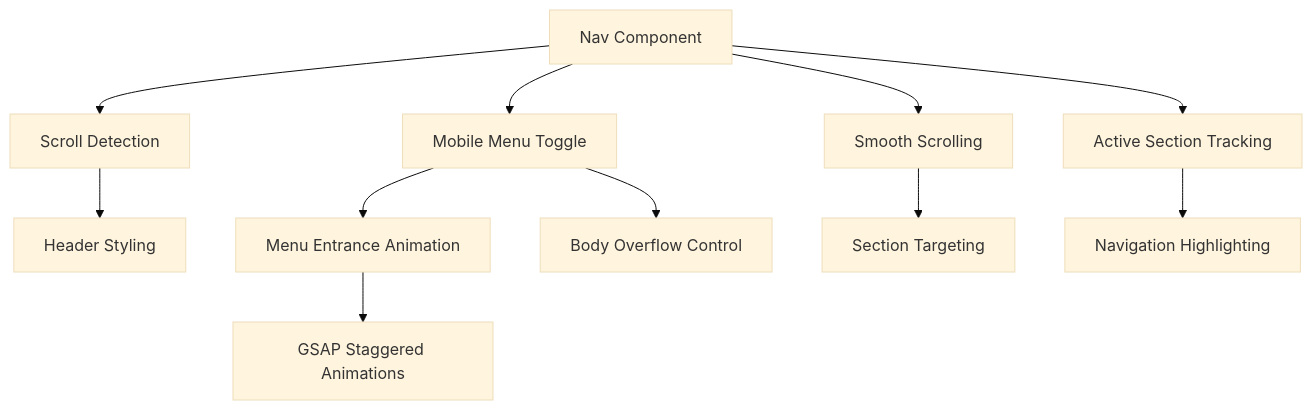
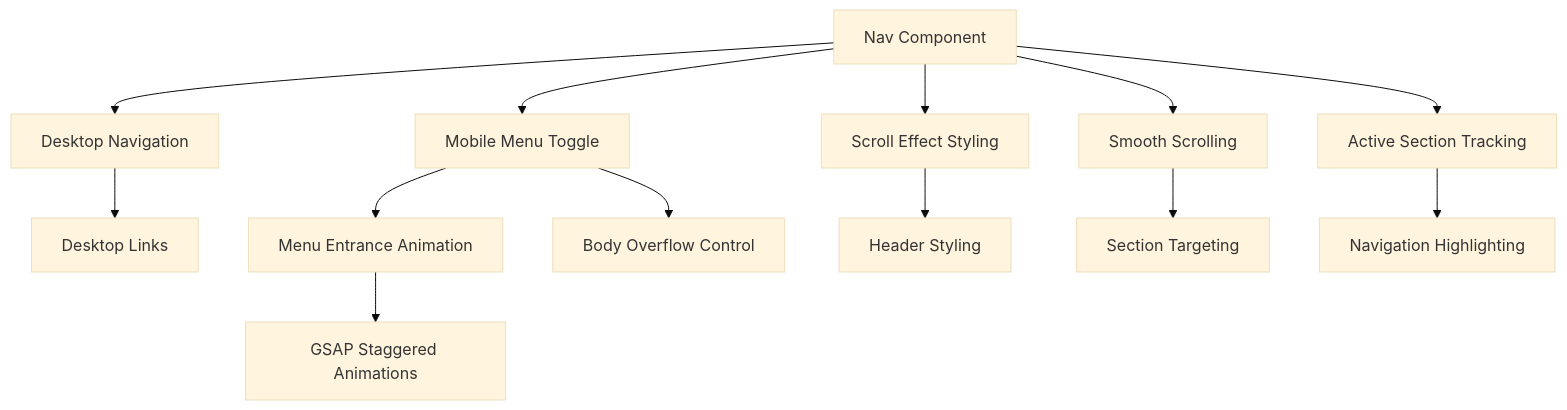
The sixth of 13 diagrams in .qoder/repowiki/en/content/Application Architecture.md (rakeshmaity271/frankie-picasso), drawn with Mermaid (base theme) before and after one commit. The commit also changed other lines of this file and 20 other files, not shown here.

````diff
--- a/.qoder/repowiki/en/content/Application Architecture.md
+++ b/.qoder/repowiki/en/content/Application Architecture.md
@@ -385,13 +349,15 @@
 ```mermaid
 flowchart TD
-Nav["Nav Component"] --> Scrolled["Scroll Detection"]
+Nav["Nav Component"] --> DesktopNav["Desktop Navigation"]
 Nav --> MobileMenu["Mobile Menu Toggle"]
+Nav --> ScrollEffect["Scroll Effect Styling"]
 Nav --> SmoothScroll["Smooth Scrolling"]
 Nav --> ActiveSection["Active Section Tracking"]
-Scrolled --> HeaderStyle["Header Styling"]
+DesktopNav --> DesktopLinks["Desktop Links"]
 MobileMenu --> MenuAnimation["Menu Entrance Animation"]
 MobileMenu --> BodyOverflow["Body Overflow Control"]
+ScrollEffect --> HeaderStyle["Header Styling"]
 SmoothScroll --> SectionTarget["Section Targeting"]
 ActiveSection --> NavLinkHighlight["Navigation Highlighting"]
 MenuAnimation --> GSAPAnimations["GSAP Staggered Animations"]
 ```
````
